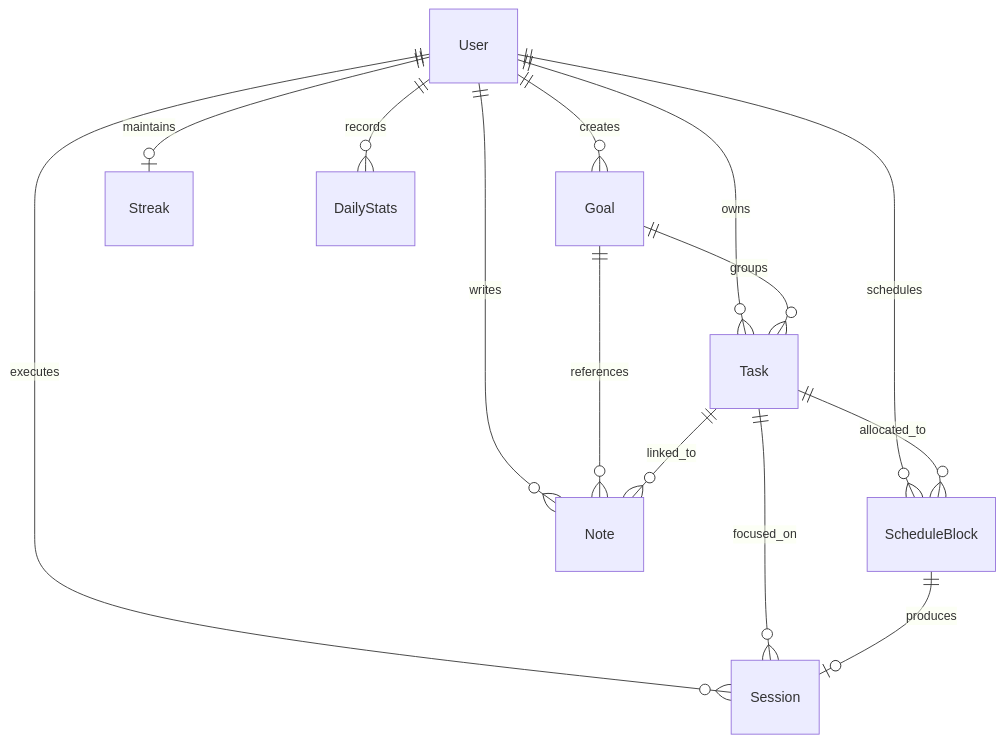
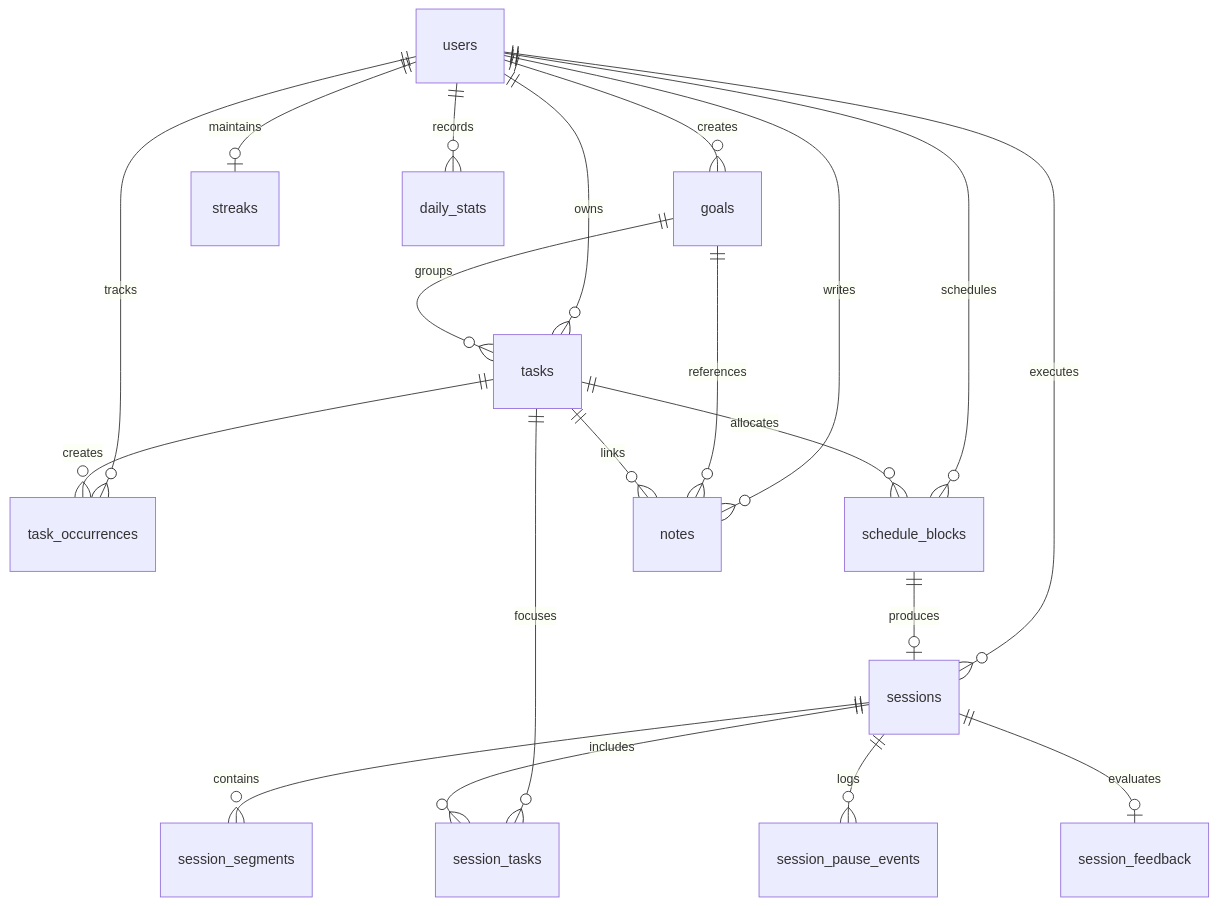
Before and after one commit to Bookinheaven/Athena: the diagram in Documentation/02 - Architecture/Data Model.md, drawn with Mermaid. The commit also changed other lines of this file and 28 other files, not shown here.

First line of the commit message:
refactor(architecture): migrate to Express 5, PostgreSQL, and Drizzle OR

````diff
--- a/Documentation/02 - Architecture/Data Model.md
+++ b/Documentation/02 - Architecture/Data Model.md
@@ -9,17 +9,24 @@
 ```mermaid
 erDiagram
-    User ||--o{ Task : owns
-    User ||--o{ Goal : creates
-    User ||--o{ Session : executes
-    User ||--o{ ScheduleBlock : schedules
-    User ||--o| Streak : maintains
-    User ||--o{ DailyStats : records
-    User ||--o{ Note : writes
+    users ||--o{ tasks : owns
+    users ||--o{ task_occurrences : tracks
+    users ||--o{ goals : creates
+    users ||--o{ schedule_blocks : schedules
+    users ||--o{ sessions : executes
+    users ||--o| streaks : maintains
+    users ||--o{ daily_stats : records
+    users ||--o{ notes : writes
 
-    Goal ||--o{ Task : groups
-    Goal ||--o{ Note : references
-    Task ||--o{ ScheduleBlock : allocated_to
-    Task ||--o{ Session : focused_on
-    Task ||--o{ Note : linked_to
-    ScheduleBlock ||--o| Session : produces
+    goals ||--o{ tasks : groups
+    goals ||--o{ notes : references
+    tasks ||--o{ task_occurrences : creates
+    tasks ||--o{ schedule_blocks : allocates
+    tasks ||--o{ session_tasks : focuses
+    tasks ||--o{ notes : links
+
+    schedule_blocks ||--o| sessions : produces
+    sessions ||--o{ session_segments : contains
+    sessions ||--o{ session_pause_events : logs
+    sessions ||--o{ session_tasks : includes
+    sessions ||--o| session_feedback : evaluates
 ```
````
